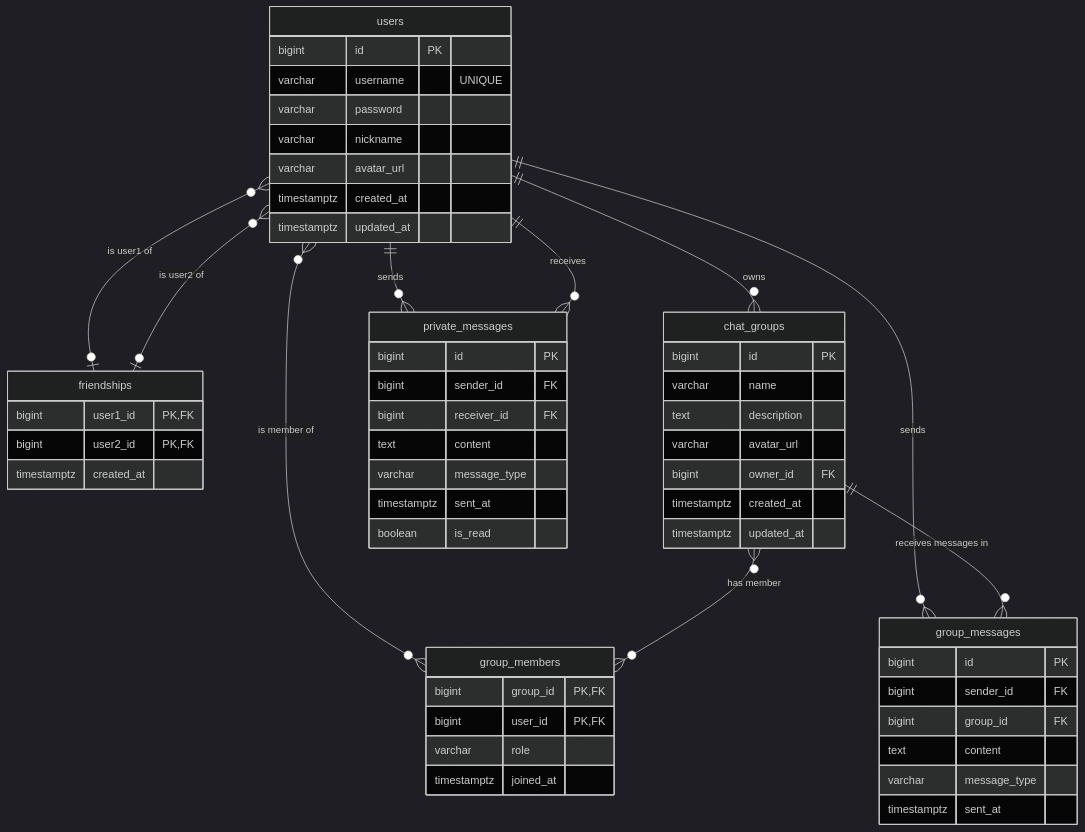
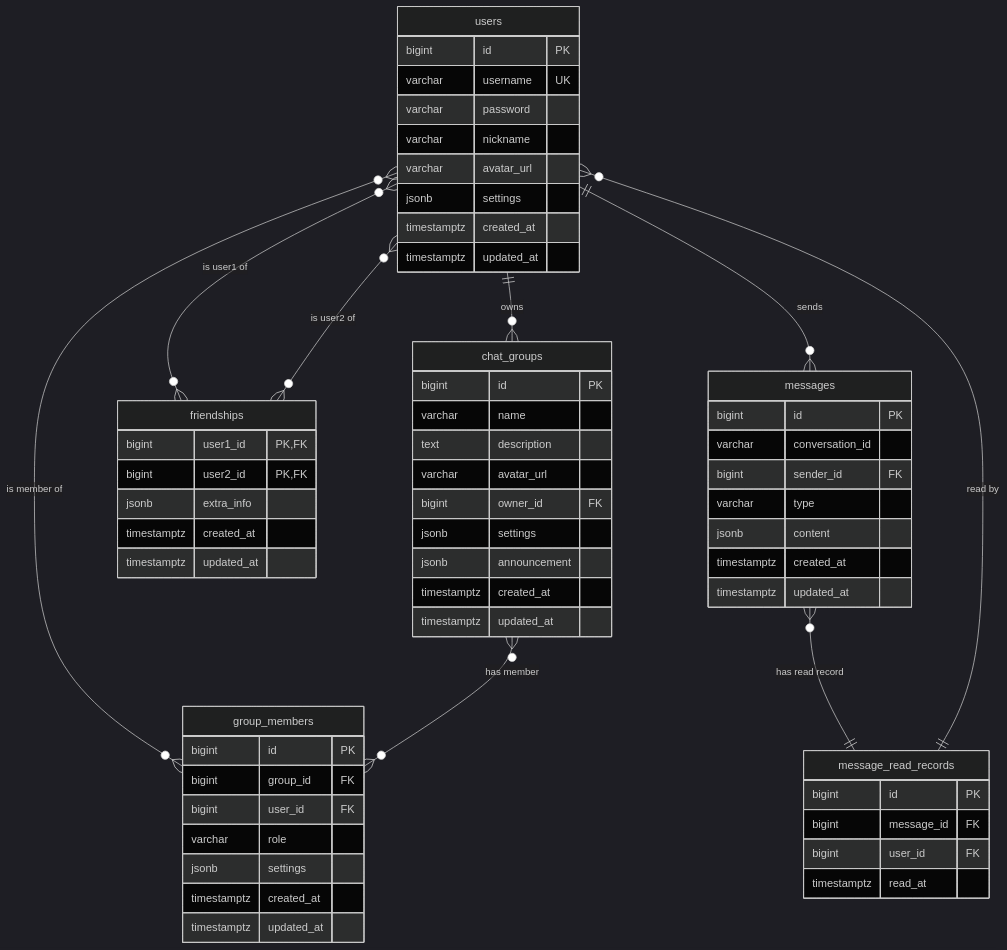
One commit to phakeandy/youchat changed the diagram in docs/database.md. Above: the diagram before and after it, drawn with Mermaid (dark theme). The commit also changed 18 other files, not shown here.

````diff
--- a/docs/database.md
+++ b/docs/database.md
@@ -17,68 +17,70 @@
 ```mermaid
 erDiagram
-    users {
-        bigint id PK
-        varchar username "UNIQUE"
-        varchar password
-        varchar nickname
-        varchar avatar_url
-        timestamptz created_at
-        timestamptz updated_at
-    }
+ direction TB
+ users {
+  bigint id PK ""  
+  varchar username UK ""  
+  varchar password  ""  
+  varchar nickname  ""  
+  varchar avatar_url  ""  
+  jsonb settings  ""  
+  timestamptz created_at  ""  
+  timestamptz updated_at  ""  
+ }
 
-    friendships {
-        bigint user1_id PK, FK
-        bigint user2_id PK, FK
-        timestamptz created_at
-    }
+ chat_groups {
+  bigint id PK ""  
+  varchar name  ""  
+  text description  ""  
+  varchar avatar_url  ""  
+  bigint owner_id FK ""  
+  jsonb settings  ""  
+  jsonb announcement  ""  
+  timestamptz created_at  ""  
+  timestamptz updated_at  ""  
+ }
 
-    chat_groups {
-        bigint id PK
-        varchar name
-        text description
-        varchar avatar_url
-        bigint owner_id FK
-        timestamptz created_at
-        timestamptz updated_at
-    }
+ group_members {
+  bigint id PK ""  
+  bigint group_id FK ""  
+  bigint user_id FK ""  
+  varchar role  ""  
+  jsonb settings  ""  
+  timestamptz created_at  ""  
+  timestamptz updated_at  ""  
+ }
 
-    group_members {
-        bigint group_id PK, FK
-        bigint user_id PK, FK
-        varchar role
-        timestamptz joined_at
-    }
+ message_read_records {
+  bigint id PK ""  
+  bigint message_id FK ""  
+  bigint user_id FK ""  
+  timestamptz read_at  ""  
+ }
 
-    private_messages {
-        bigint id PK
-        bigint sender_id FK
-        bigint receiver_id FK
-        text content
-        varchar message_type
-        timestamptz sent_at
-        boolean is_read
-    }
+ friendships {
+  bigint user1_id PK,FK ""  
+  bigint user2_id PK,FK ""  
+  jsonb extra_info  ""  
+  timestamptz created_at  ""  
+  timestamptz updated_at  ""  
+ }
 
-    group_messages {
-        bigint id PK
-        bigint sender_id FK
-        bigint group_id FK
-        text content
-        varchar message_type
-        timestamptz sent_at
-    }
+ messages {
+  bigint id PK ""  
+  varchar conversation_id  ""  
+  bigint sender_id FK ""  
+  varchar type  ""  
+  jsonb content  ""  
+  timestamptz created_at  ""  
+  timestamptz updated_at  ""  
+ }
 
-    users }o--o| friendships : "is user1 of"
-    users }o--o| friendships : "is user2 of"
-
-    users ||--o{ chat_groups : "owns"
-
-    users }o--o{ group_members : "is member of"
-    chat_groups }o--o{ group_members : "has member"
-
-    users ||--o{ private_messages : "sends"
-    users ||--o{ private_messages : "receives"
-
-    users ||--o{ group_messages : "sends"
-    chat_groups ||--o{ group_messages : "receives messages in"
+ users}o--o{friendships:"is user1 of"
+ users}o--o{friendships:"is user2 of"
+ users||--o{chat_groups:"owns"
+ users}o--o{group_members:"is member of"
+ chat_groups}o--o{group_members:"has member"
+ users||--o{messages:"sends"
+ messages}o--||message_read_records:"has read record"
+ users}o--||message_read_records:"read by"
 ```
````
